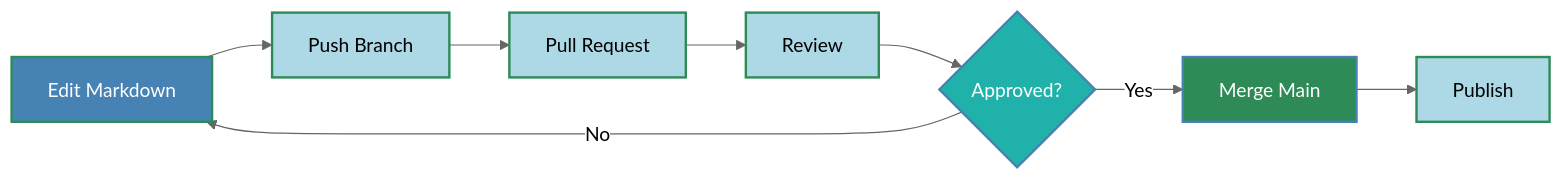
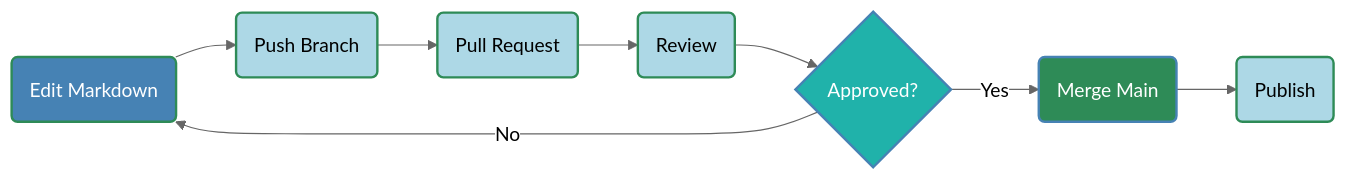
One commit to buckeye43210/markdown-to-snowkb changed the ninth of 11 diagrams in README.md. Above: the diagram before and after it, drawn with Mermaid (neutral theme). The commit also changed other lines of this file and 1 other file, not shown here.

````diff
--- a/README.md
+++ b/README.md
@@ -417,18 +430,18 @@
 ```mermaid
 graph LR
-    A[Edit Markdown] --> B[Push Branch]
-    B --> C[Pull Request]
-    C --> D[Review]
+    A(Edit Markdown) --> B(Push Branch)
+    B --> C(Pull Request)
+    C --> D(Review)
     D --> E{Approved?}
-    E -->|Yes| F[Merge Main]
+    E -->|Yes| F(Merge Main)
     E -->|No| A
-    F --> G[Publish]
+    F --> G(Publish)
 
     style A fill:#4682B4,stroke:#2E8B57,stroke-width:2px,color:#FFFFFF
     style B fill:#ADD8E6,stroke:#2E8B57,stroke-width:2px
     style C fill:#ADD8E6,stroke:#2E8B57,stroke-width:2px
     style D fill:#ADD8E6,stroke:#2E8B57,stroke-width:2px
     style E fill:#20B2AA,stroke:#4682B4,stroke-width:2px,color:#FFFFFF
     style F fill:#2E8B57,stroke:#4682B4,stroke-width:2px,color:#FFFFFF
     style G fill:#ADD8E6,stroke:#2E8B57,stroke-width:2px
 ```
````
